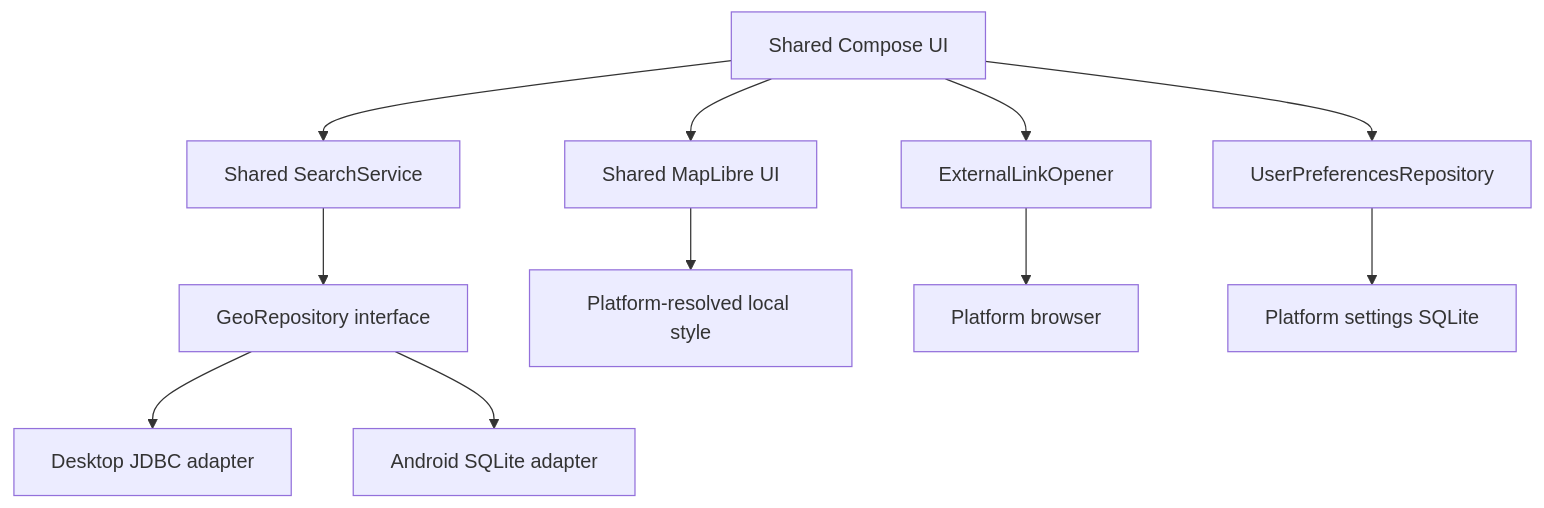
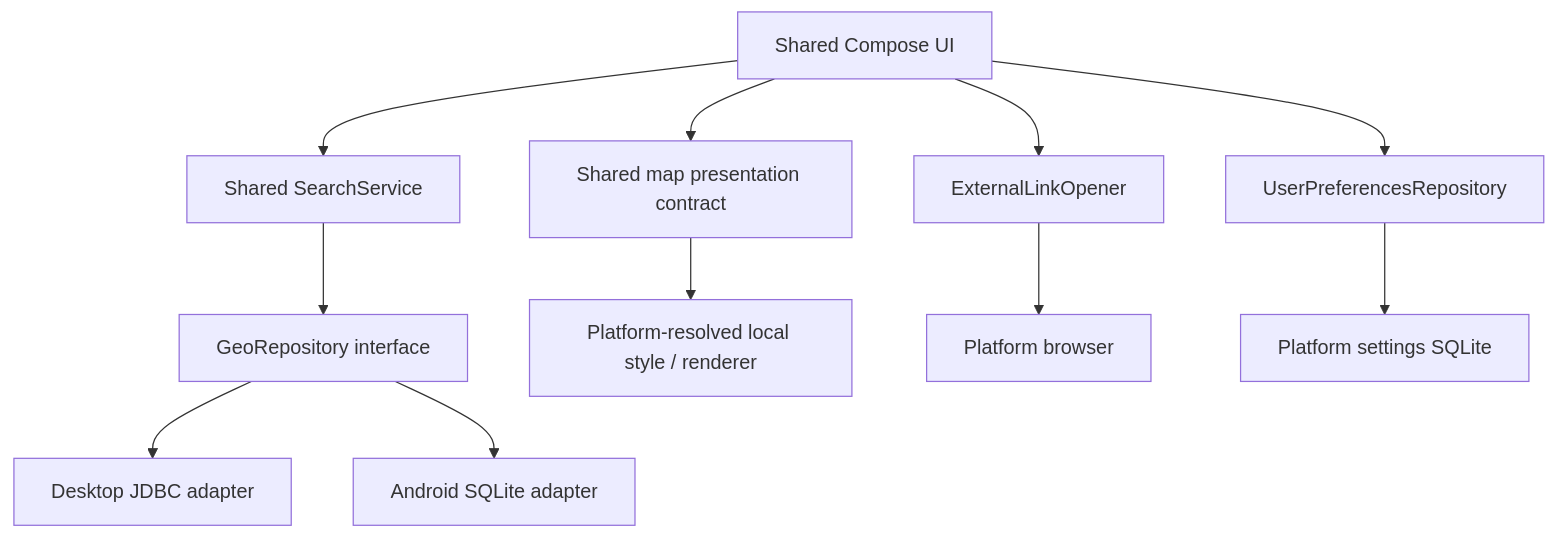
One commit to folk21/osmapdigger changed the fourth of 5 diagrams in docs/ARCHITECTURE.md. Above: the diagram before and after it, drawn with Mermaid. The commit also changed 27 other files, not shown here.

First line of the commit message:
feat: add experimental Intel macOS offline map renderer

````diff
--- a/docs/ARCHITECTURE.md
+++ b/docs/ARCHITECTURE.md
@@ -101,13 +101,13 @@
 ```mermaid
 flowchart TB
     UI[Shared Compose UI] --> SERVICE[Shared SearchService]
     SERVICE --> REPO[GeoRepository interface]
     REPO --> JDBC[Desktop JDBC adapter]
     REPO --> ANDROID[Android SQLite adapter]
-    UI --> MAPUI[Shared MapLibre UI]
-    MAPUI --> STYLE[Platform-resolved local style]
+    UI --> MAPUI[Shared map presentation contract]
+    MAPUI --> STYLE[Platform-resolved local style / renderer]
     UI --> LINKS[ExternalLinkOpener]
     LINKS --> BROWSER[Platform browser]
     UI --> PREFS[UserPreferencesRepository]
     PREFS --> PSTORE[Platform settings SQLite]
 ```
````
